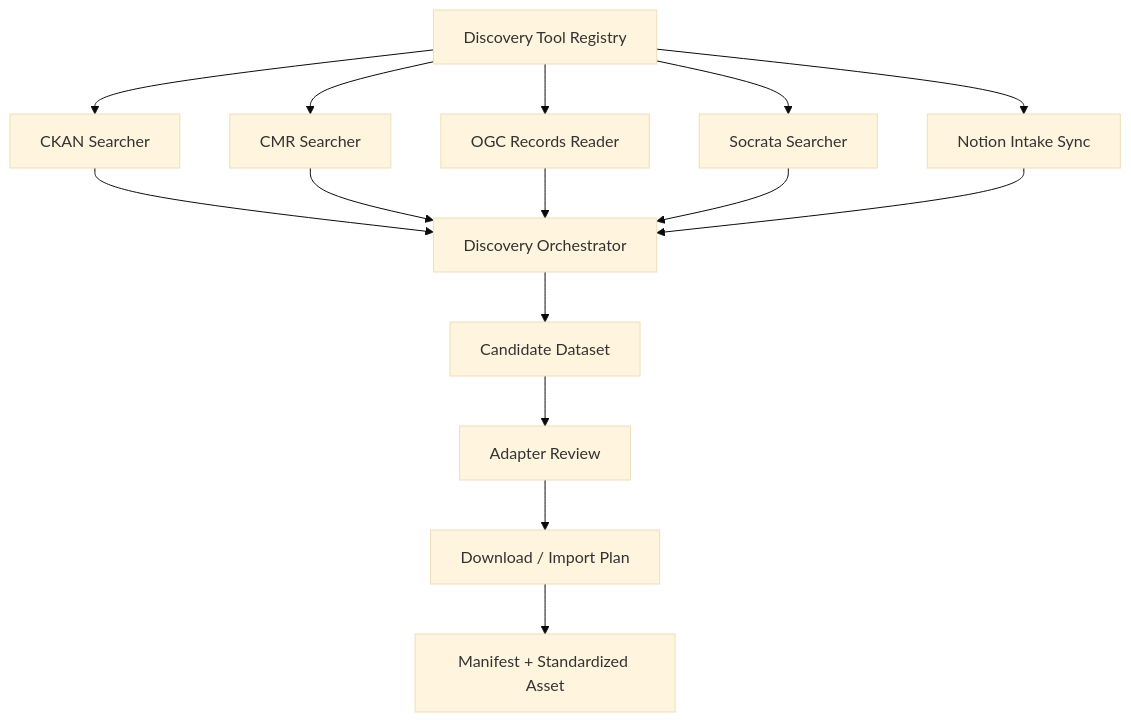
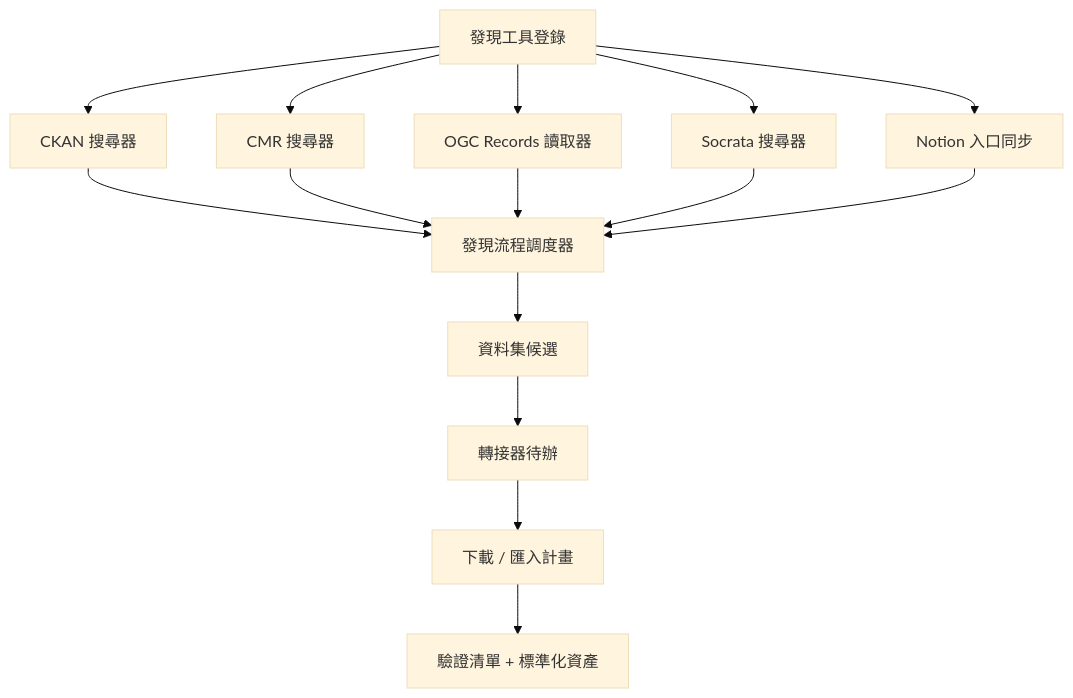
Before and after one commit to YanAnnLu/APIkeys_collection: the second of 6 diagrams in docs/DATA_ASSET_PLATFORM_CONCEPTS.zh-TW.md, drawn with Mermaid (base theme). The commit also changed other lines of this file and 17 other files, not shown here.

````diff
--- a/docs/DATA_ASSET_PLATFORM_CONCEPTS.zh-TW.md
+++ b/docs/DATA_ASSET_PLATFORM_CONCEPTS.zh-TW.md
@@ -162,17 +162,17 @@
 ```mermaid
 flowchart TB
-    T[Discovery Tool Registry] --> C1[CKAN Searcher]
-    T --> C2[CMR Searcher]
-    T --> C3[OGC Records Reader]
-    T --> C4[Socrata Searcher]
-    T --> C5[Notion Intake Sync]
-    C1 --> O[Discovery Orchestrator]
+    T[發現工具登錄] --> C1[CKAN 搜尋器]
+    T --> C2[CMR 搜尋器]
+    T --> C3[OGC Records 讀取器]
+    T --> C4[Socrata 搜尋器]
+    T --> C5[Notion 入口同步]
+    C1 --> O[發現流程調度器]
     C2 --> O
     C3 --> O
     C4 --> O
     C5 --> O
-    O --> D[Candidate Dataset]
-    D --> R[Adapter Review]
-    R --> P[Download / Import Plan]
-    P --> M[Manifest + Standardized Asset]
+    O --> D[資料集候選]
+    D --> R[轉接器待辦]
+    R --> P[下載 / 匯入計畫]
+    P --> M[驗證清單 + 標準化資產]
 ```
````
